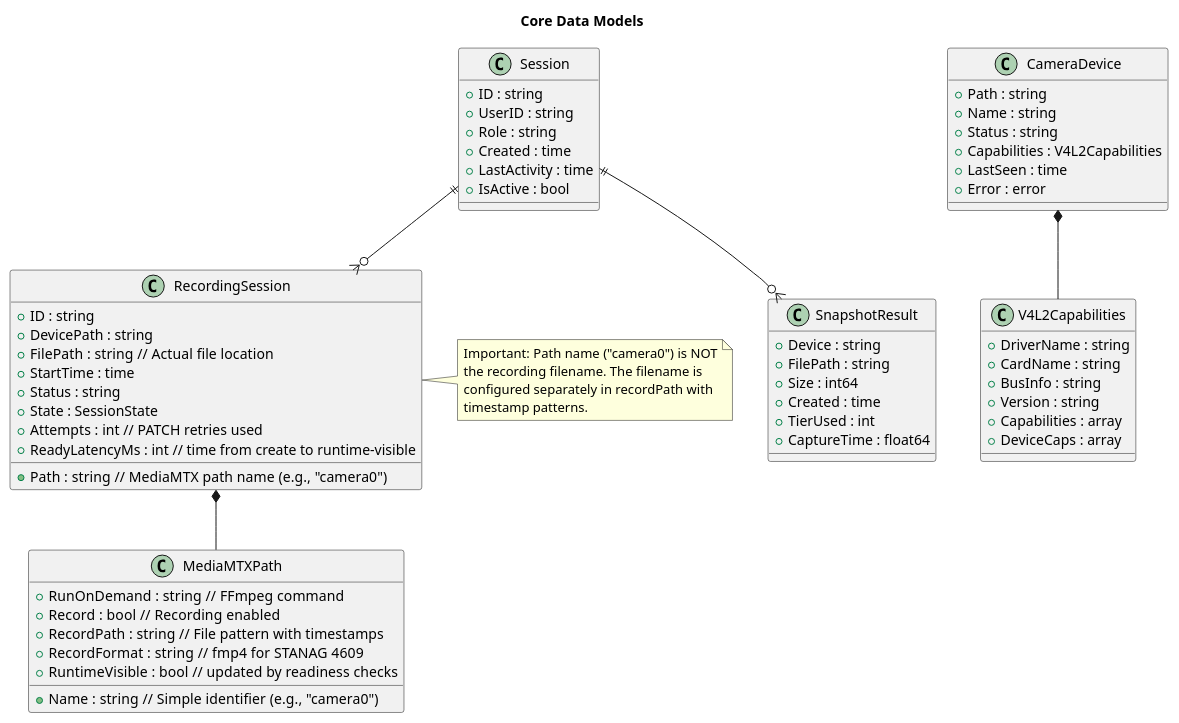
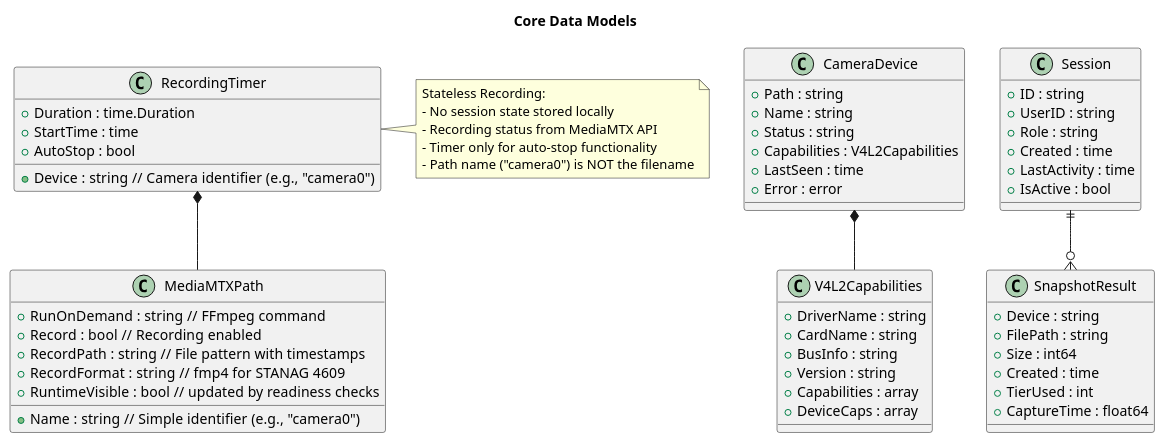
Diagram 21 of 26 in mediamtx-camera-service-go/docs/architecture/go-architecture-guide.md (CarlosSprekelsen/CameraRecorder), drawn with PlantUML before and after one commit. The commit also changed other lines of this file, not shown here.

First line of the commit message:
docs: Align architecture with stateless recording vision

````diff
--- a/mediamtx-camera-service-go/docs/architecture/go-architecture-guide.md
+++ b/mediamtx-camera-service-go/docs/architecture/go-architecture-guide.md
@@ -991,75 +1029,70 @@
 ```plantuml
 @startuml DataModels
 title Core Data Models
 
 class CameraDevice {
     +Path : string
     +Name : string
     +Status : string
     +Capabilities : V4L2Capabilities
     +LastSeen : time
     +Error : error
 }
 
 class V4L2Capabilities {
     +DriverName : string
     +CardName : string
     +BusInfo : string
     +Version : string
     +Capabilities : array
     +DeviceCaps : array
 }
 
 class Session {
     +ID : string
     +UserID : string
     +Role : string
     +Created : time
     +LastActivity : time
     +IsActive : bool
 }
 
 class SnapshotResult {
     +Device : string
     +FilePath : string
     +Size : int64
     +Created : time
     +TierUsed : int
     +CaptureTime : float64
 }
 
-class RecordingSession {
-    +ID : string
-    +DevicePath : string
-    +Path : string  // MediaMTX path name (e.g., "camera0")
-    +FilePath : string  // Actual file location
+class RecordingTimer {
+    +Device : string  // Camera identifier (e.g., "camera0")
+    +Duration : time.Duration
     +StartTime : time
-    +Status : string
-    +State : SessionState
-    +Attempts : int // PATCH retries used
-    +ReadyLatencyMs : int // time from create to runtime-visible
+    +AutoStop : bool
 }
 
 class MediaMTXPath {
     +Name : string  // Simple identifier (e.g., "camera0")
     +RunOnDemand : string  // FFmpeg command
     +Record : bool  // Recording enabled
     +RecordPath : string  // File pattern with timestamps
     +RecordFormat : string  // fmp4 for STANAG 4609
     +RuntimeVisible : bool  // updated by readiness checks
 }
 
 CameraDevice *-- V4L2Capabilities
 Session ||--o{ SnapshotResult
-Session ||--o{ RecordingSession
-RecordingSession *-- MediaMTXPath
+RecordingTimer *-- MediaMTXPath
 
-note right of RecordingSession
-Important: Path name ("camera0") is NOT
-the recording filename. The filename is
-configured separately in recordPath with
-timestamp patterns.
+note right of RecordingTimer
+Stateless Recording:
+- No session state stored locally
+- Recording status from MediaMTX API
+- Timer only for auto-stop functionality
+- Path name ("camera0") is NOT the filename
 end note
 
 @enduml
 ```
````
